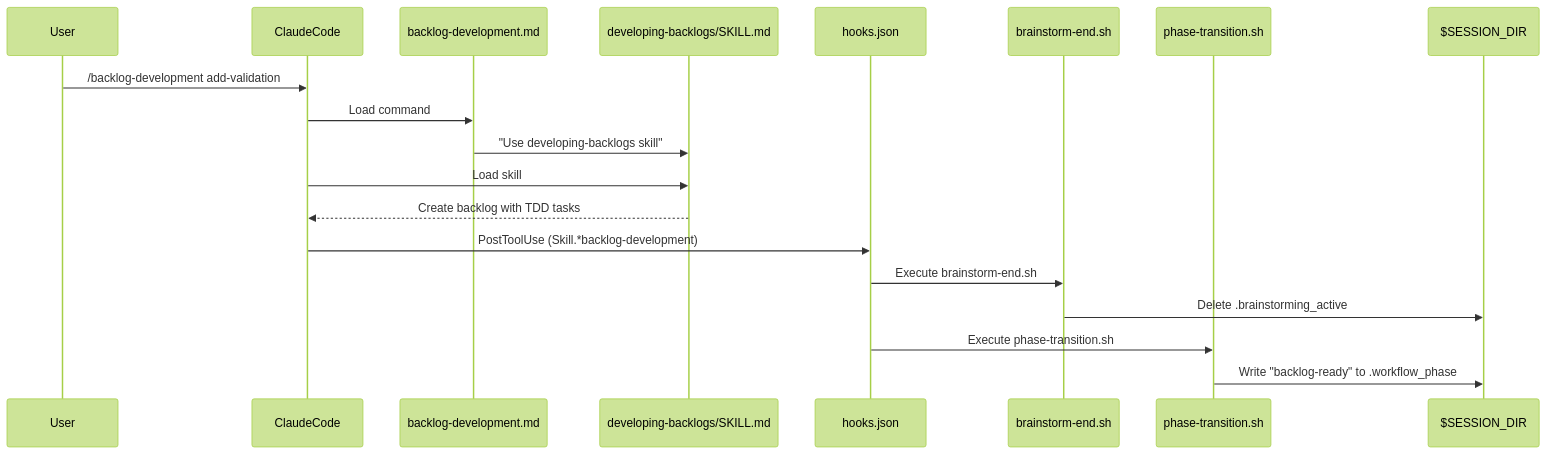
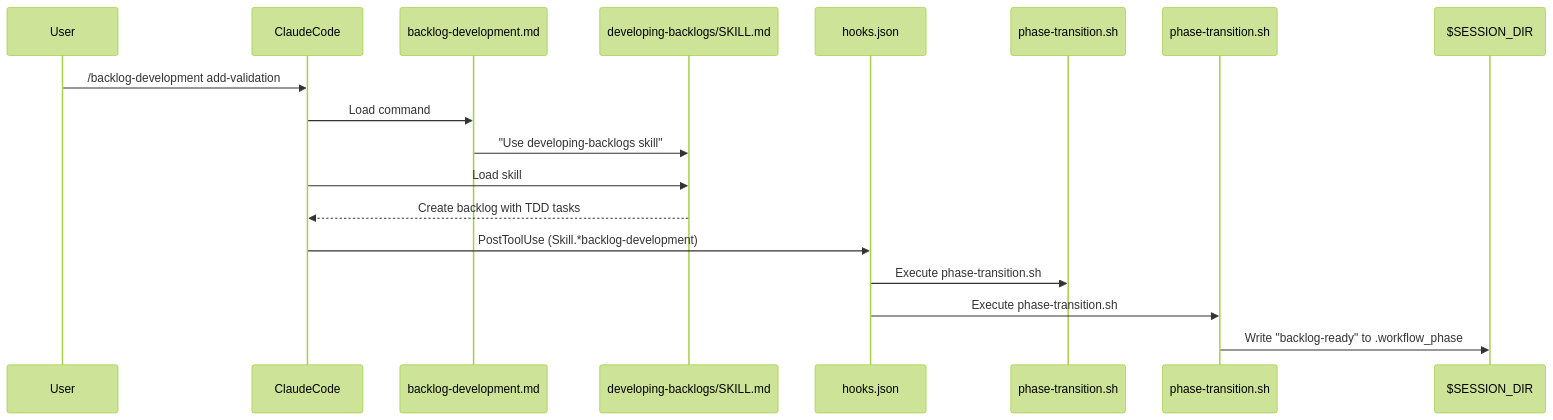
Before and after one commit to petersontylerd/cc-workflow-ecosystem: the fourth of 8 diagrams in docs/workflow-guides/expert-pattern.md, drawn with Mermaid (forest theme). The commit also changed other lines of this file and 20 other files, not shown here.

First line of the commit message:
docs: simplify brainstorming flow and fix phase ordering

````diff
--- a/docs/workflow-guides/expert-pattern.md
+++ b/docs/workflow-guides/expert-pattern.md
@@ -126,24 +126,23 @@
 ```mermaid
 sequenceDiagram
     participant User
     participant ClaudeCode
     participant Command as backlog-development.md
     participant Skill as developing-backlogs/SKILL.md
     participant Hook as hooks.json
-    participant EndHook as brainstorm-end.sh
+    participant EndHook as phase-transition.sh
     participant TransHook as phase-transition.sh
     participant StateDir as $SESSION_DIR
 
     User->>ClaudeCode: /backlog-development add-validation
     ClaudeCode->>Command: Load command
     Command->>Skill: "Use developing-backlogs skill"
     ClaudeCode->>Skill: Load skill
     Skill-->>ClaudeCode: Create backlog with TDD tasks
 
     ClaudeCode->>Hook: PostToolUse (Skill.*backlog-development)
-    Hook->>EndHook: Execute brainstorm-end.sh
-    EndHook->>StateDir: Delete .brainstorming_active
+    Hook->>EndHook: Execute phase-transition.sh
 
     Hook->>TransHook: Execute phase-transition.sh
     TransHook->>StateDir: Write "backlog-ready" to .workflow_phase
 ```
````
